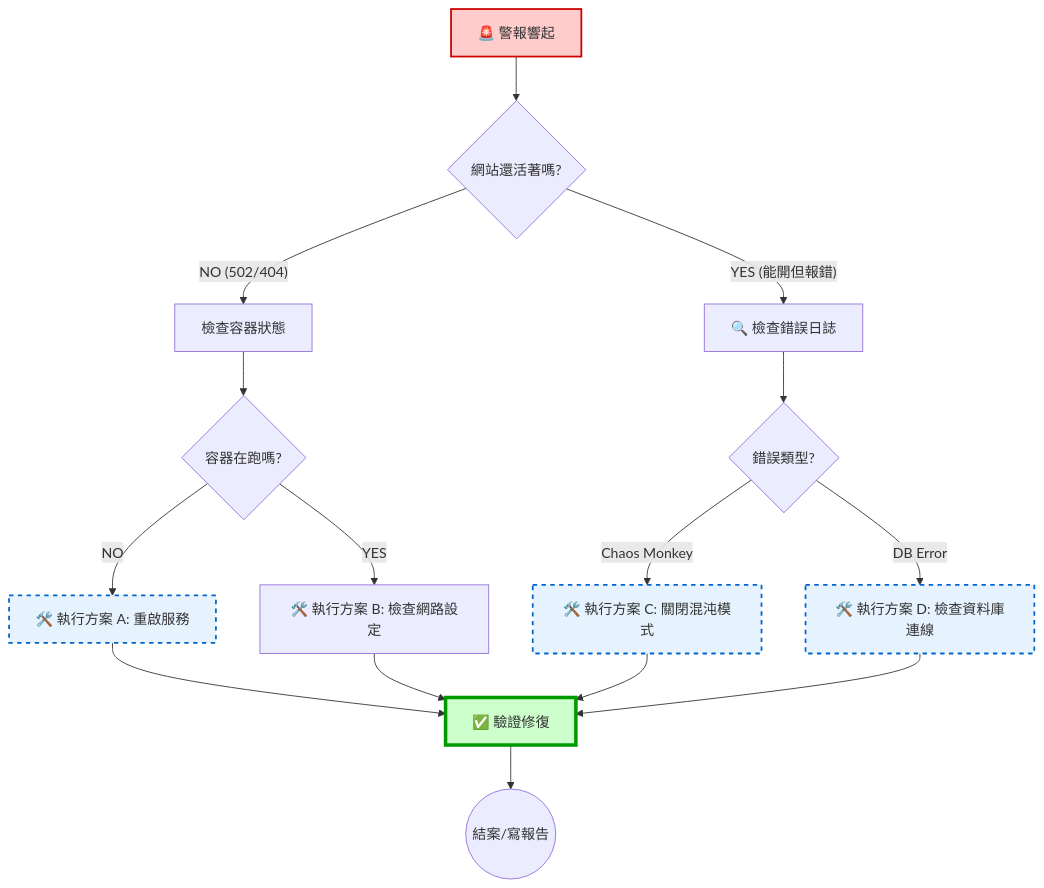
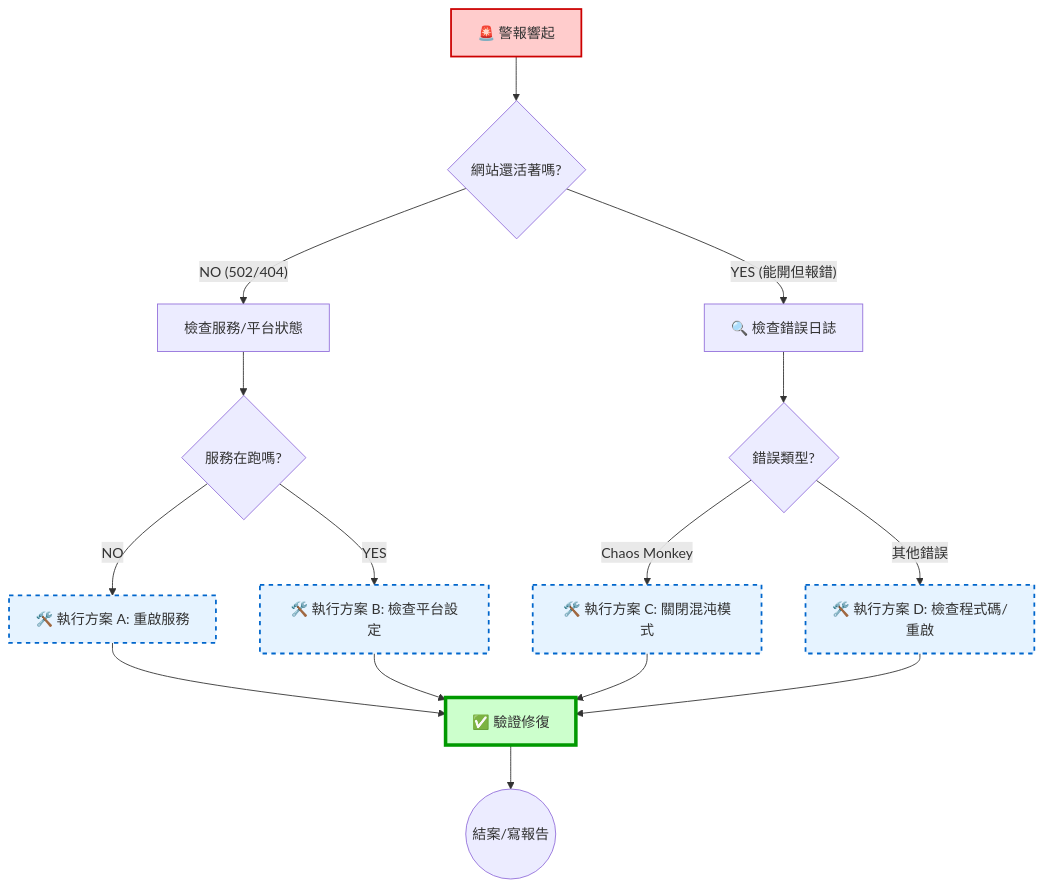
The diagram in README.md (Kiwi-Peng/hw11), drawn with Mermaid before and after one commit.

````diff
--- a/README.md
+++ b/README.md
@@ -1,31 +1,34 @@
 ```mermaid
 graph TD
     Start[🚨 警報響起] --> Check{網站還活著嗎?}
-    
-    %% 分支 1: 服務死掉
-    Check -- NO (502/404) --> CheckContainer[檢查容器狀態]
-    CheckContainer --> IsRunning{容器在跑嗎?}
+
+    %% 分支 1: 服務死掉 (502/404)
+    %% 修改：不再檢查 Docker 容器，改為檢查服務狀態 (例如 Render)
+    Check -- NO (502/404) --> CheckStatus[檢查服務/平台狀態]
+    CheckStatus --> IsRunning{服務在跑嗎?}
     IsRunning -- NO --> Restart[🛠️ 執行方案 A: 重啟服務]
-    IsRunning -- YES --> CheckNet[🛠️ 執行方案 B: 檢查網路設定]
-    
+    IsRunning -- YES --> CheckConfig[🛠️ 執行方案 B: 檢查平台設定]
+
     %% 分支 2: 服務活著但報錯
+    %% 修改：移除 DB Error，保留 Chaos Monkey 和一般錯誤
     Check -- YES (能開但報錯) --> CheckLogs[🔍 檢查錯誤日誌]
     CheckLogs --> ErrorType{錯誤類型?}
     ErrorType -- "Chaos Monkey" --> StopChaos[🛠️ 執行方案 C: 關閉混沌模式]
-    ErrorType -- "DB Error" --> CheckDB[🛠️ 執行方案 D: 檢查資料庫連線]
-    
+    ErrorType -- "其他錯誤" --> CheckCode[🛠️ 執行方案 D: 檢查程式碼/重啟]
+
     %% 匯聚與驗證
     Restart --> Verify[✅ 驗證修復]
-    CheckNet --> Verify
+    CheckConfig --> Verify
     StopChaos --> Verify
-    CheckDB --> Verify
-    
+    CheckCode --> Verify
+
     Verify --> End((結案/寫報告))
 
-    %% 樣式設計
+    %% 樣式設計 (保持一致)
     style Start fill:#ffcccc,stroke:#cc0000,stroke-width:2px
     style Restart fill:#e6f3ff,stroke:#0066cc,stroke-width:2px,stroke-dasharray: 5 5
     style StopChaos fill:#e6f3ff,stroke:#0066cc,stroke-width:2px,stroke-dasharray: 5 5
-    style CheckDB fill:#e6f3ff,stroke:#0066cc,stroke-width:2px,stroke-dasharray: 5 5
+    style CheckCode fill:#e6f3ff,stroke:#0066cc,stroke-width:2px,stroke-dasharray: 5 5
+    style CheckConfig fill:#e6f3ff,stroke:#0066cc,stroke-width:2px,stroke-dasharray: 5 5
     style Verify fill:#ccffcc,stroke:#009900,stroke-width:4px
 ```
````
